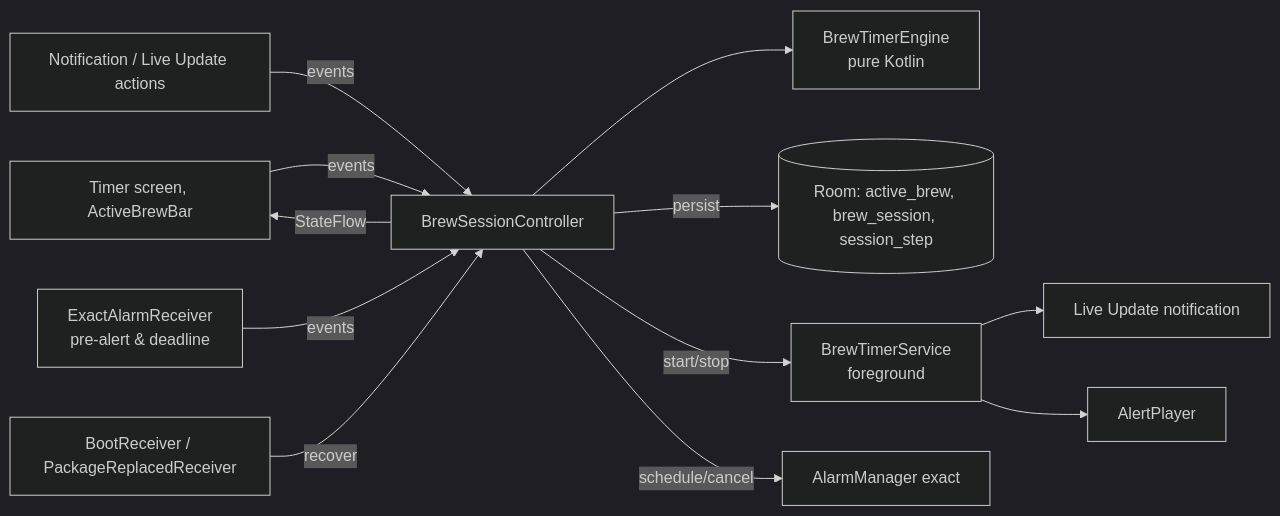
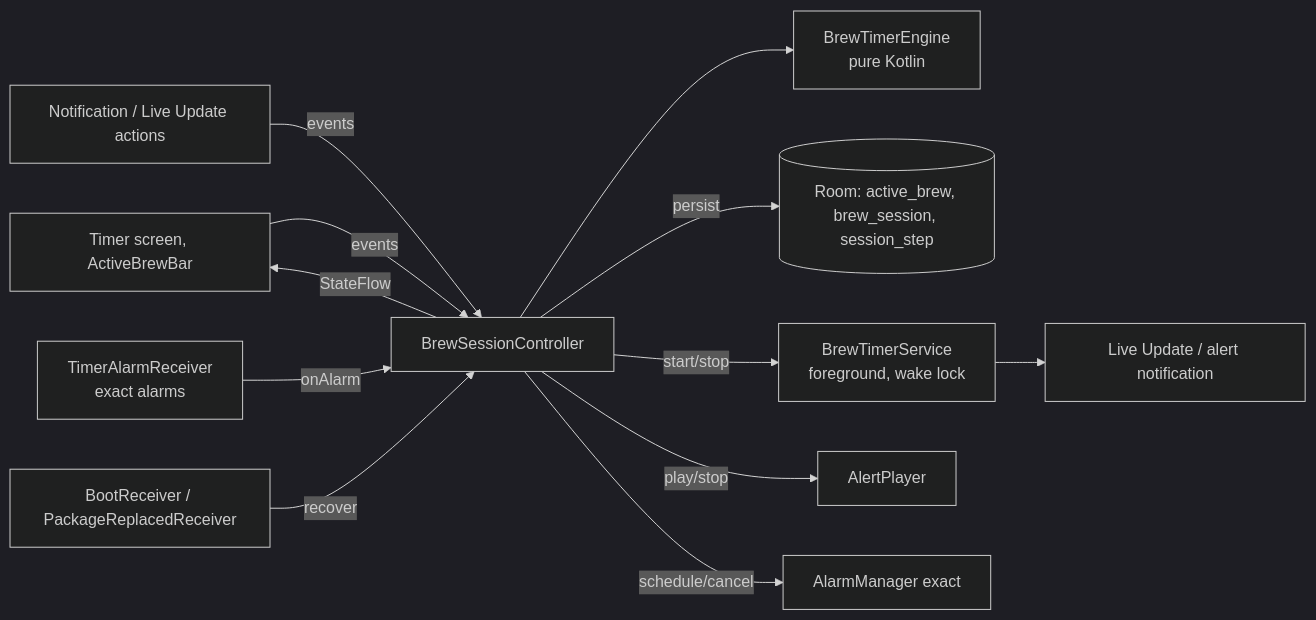
Before and after one commit to katznmeik/UmamiT: the second of 2 diagrams in docs/specs/04-brew-timer.md, drawn with Mermaid (dark theme). The commit also changed other lines of this file and 28 other files, not shown here.

First line of the commit message:
fix(timer): review of #42: channels, recovery retries, stop by start ID (TMR-15, TMR-16, #42)

````diff
--- a/docs/specs/04-brew-timer.md
+++ b/docs/specs/04-brew-timer.md
@@ -168,14 +168,14 @@
 ```mermaid
 flowchart LR
     UI[Timer screen, ActiveBrewBar] -- events --> C[BrewSessionController]
     N[Notification / Live Update actions] -- events --> C
-    A[ExactAlarmReceiver\npre-alert & deadline] -- events --> C
+    A[TimerAlarmReceiver\nexact alarms] -- onAlarm --> C
     B[BootReceiver / PackageReplacedReceiver] -- recover --> C
     C --> E[BrewTimerEngine\npure Kotlin]
     C -- persist --> DB[(Room: active_brew, brew_session, session_step)]
     C -- StateFlow --> UI
-    C -- start/stop --> S[BrewTimerService\nforeground]
-    S --> NB[Live Update notification]
-    S --> AP[AlertPlayer]
+    C -- start/stop --> S[BrewTimerService\nforeground, wake lock]
+    S --> NB[Live Update / alert notification]
+    C -- play/stop --> AP[AlertPlayer]
     C -- schedule/cancel --> AM[AlarmManager exact]
 ```
````
